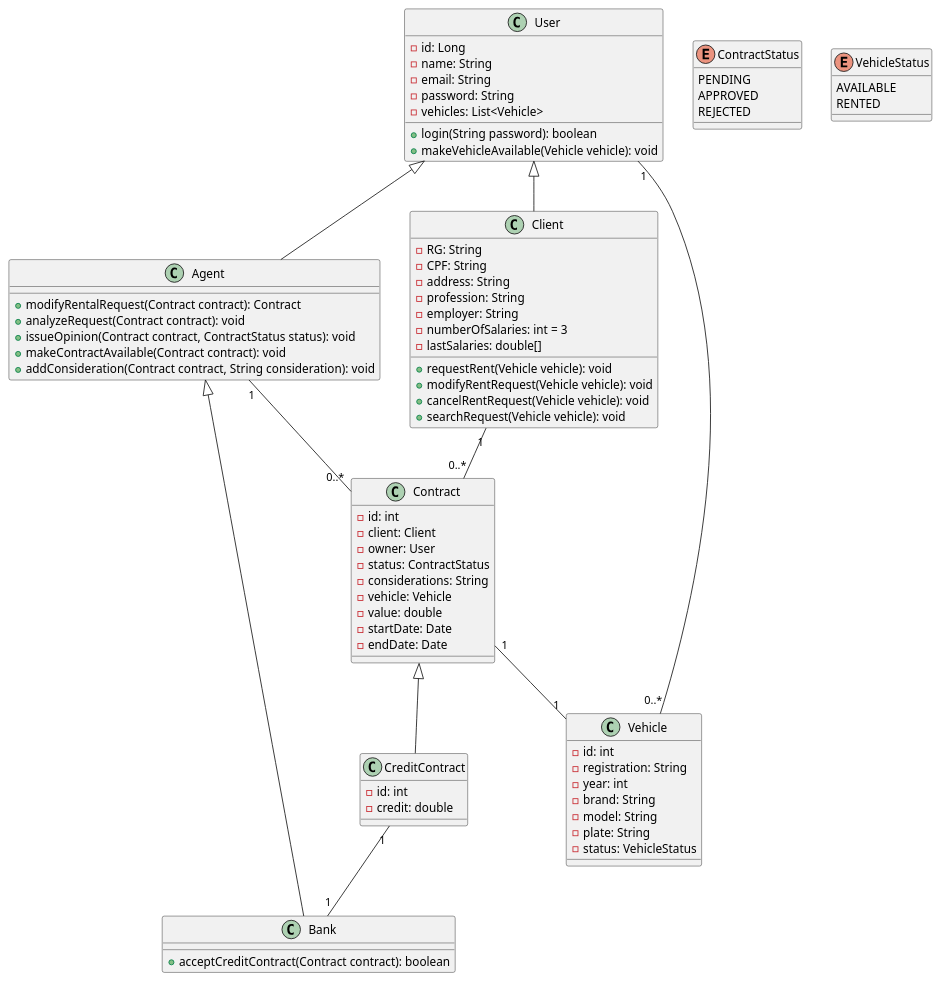
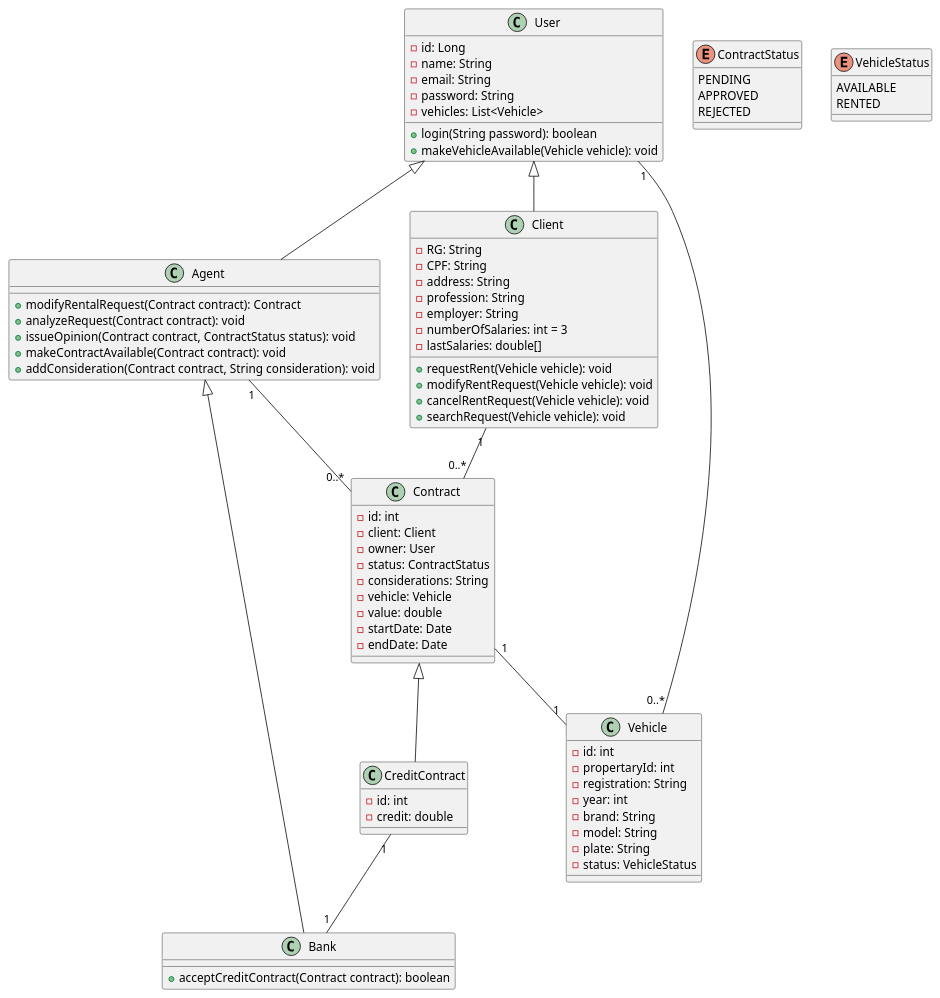
One commit to migueltico2/laboratorio-de-desenvolvimento-de-software changed the diagram in projeto 2/project/classDiagram.plantuml. Above: the diagram before and after it, drawn with PlantUML. The commit also changed 8 other files, not shown here.

```diff
--- a/projeto 2/project/classDiagram.plantuml
+++ b/projeto 2/project/classDiagram.plantuml
@@ -1,87 +1,88 @@
 @startuml
 
 class User {
     -id: Long
     -name: String
     -email: String
     -password: String
     -vehicles: List<Vehicle>
     +login(String password): boolean
     +makeVehicleAvailable(Vehicle vehicle): void
 }
 
 class Client {
     -RG: String
     -CPF: String
     -address: String
     -profession: String
     -employer: String
     -numberOfSalaries: int = 3
     -lastSalaries: double[]
     +requestRent(Vehicle vehicle): void
     +modifyRentRequest(Vehicle vehicle): void
     +cancelRentRequest(Vehicle vehicle): void
     +searchRequest(Vehicle vehicle): void
 }
 
 
 class Agent {
     +modifyRentalRequest(Contract contract): Contract
     +analyzeRequest(Contract contract): void
     +issueOpinion(Contract contract, ContractStatus status): void
     +makeContractAvailable(Contract contract): void
     +addConsideration(Contract contract, String consideration): void
 }
 
 class Bank {
     +acceptCreditContract(Contract contract): boolean
 }
 
 class Contract {
     -id: int
     -client: Client
     -owner: User
     -status: ContractStatus
     -considerations: String
     -vehicle: Vehicle
     -value: double
     -startDate: Date
     -endDate: Date
 }
  
 class CreditContract {
     -id: int
     -credit: double
 }
 
 class Vehicle {
     -id: int
+    -propertaryId: int
     -registration: String
     -year: int
     -brand: String
     -model: String
     -plate: String
     -status: VehicleStatus
 }
 
 enum ContractStatus {
     PENDING
     APPROVED
     REJECTED
 }
 
 enum VehicleStatus {
     AVAILABLE
     RENTED
 }
 
 User <|-- Agent
 User <|-- Client
 User "1" -- "0..*" Vehicle
 Contract <|-- CreditContract
 Client "1" -- "0..*" Contract
 CreditContract "1" -- "1" Bank
 Contract "1" -- "1" Vehicle
 Agent <|-- Bank
 Agent "1" -- "0..*" Contract
 @enduml
```
